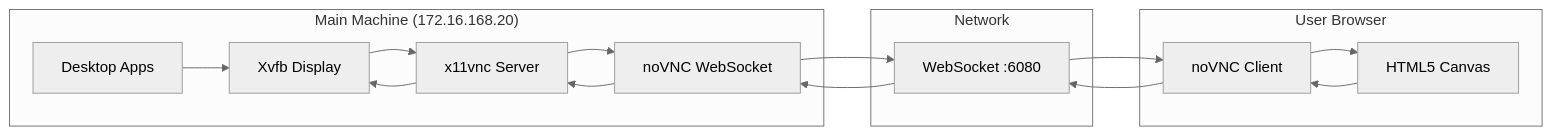
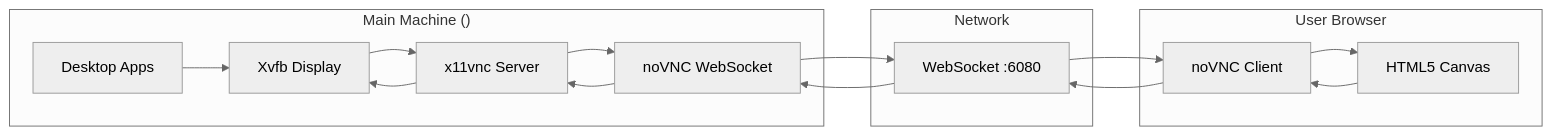
The seventh of 8 diagrams in docs/architecture/data-flows.md (mrveiss/AutoBot-AI), drawn with Mermaid (neutral theme) before and after one commit. The commit also changed other lines of this file and 150 other files, not shown here.

````diff
--- a/docs/architecture/data-flows.md
+++ b/docs/architecture/data-flows.md
@@ -319,31 +319,31 @@
 ```mermaid
 flowchart LR
-    subgraph Main["Main Machine (172.16.168.20)"]
+    subgraph Main["Main Machine (<backend-ip>)"]
         Xvfb[Xvfb Display]
         x11vnc[x11vnc Server]
         noVNC[noVNC WebSocket]
         Desktop[Desktop Apps]
     end
 
     subgraph Network["Network"]
         WS[WebSocket :6080]
     end
 
     subgraph Client["User Browser"]
         VNC_Client[noVNC Client]
         Canvas[HTML5 Canvas]
     end
 
     Desktop --> Xvfb
     Xvfb --> x11vnc
     x11vnc --> noVNC
     noVNC --> WS
     WS --> VNC_Client
     VNC_Client --> Canvas
 
     Canvas --> VNC_Client
     VNC_Client --> WS
     WS --> noVNC
     noVNC --> x11vnc
     x11vnc --> Xvfb
 ```
````
